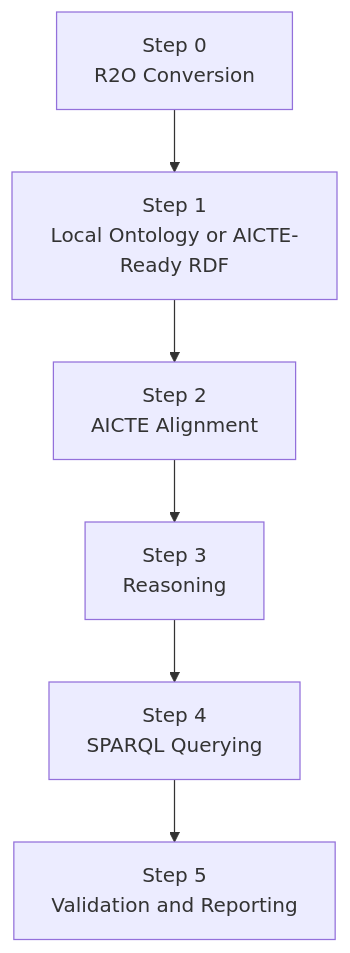
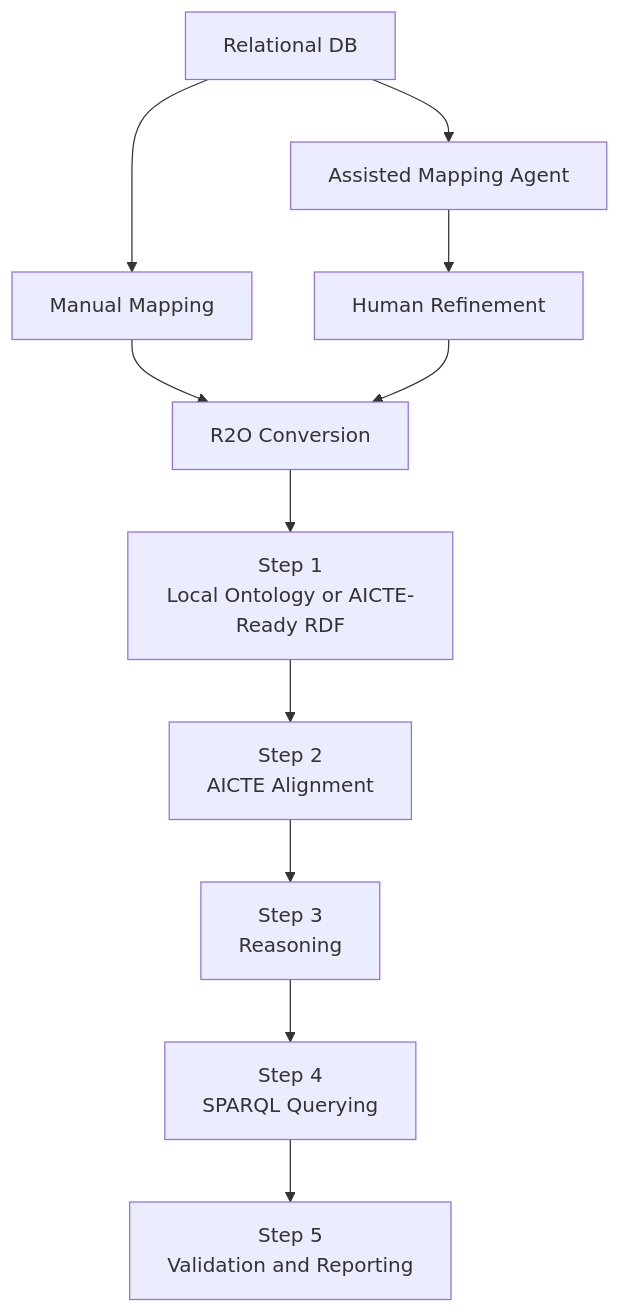
One commit to ap5967ap/SEMLINK changed the second of 2 diagrams in docs/semantic-integration/r2o-extension.md. Above: the diagram before and after it, drawn with Mermaid. The commit also changed other lines of this file and 12 other files, not shown here.

````diff
--- a/docs/semantic-integration/r2o-extension.md
+++ b/docs/semantic-integration/r2o-extension.md
@@ -31,8 +31,13 @@
 ```mermaid
 flowchart TD
-    S0["Step 0\nR2O Conversion"] --> S1["Step 1\nLocal Ontology or AICTE-Ready RDF"]
+    DB["Relational DB"] --> M0["Manual Mapping"]
+    DB --> A0["Assisted Mapping Agent"]
+    A0 --> H0["Human Refinement"]
+    M0 --> S0["R2O Conversion"]
+    H0 --> S0
+    S0 --> S1["Step 1\nLocal Ontology or AICTE-Ready RDF"]
     S1 --> S2["Step 2\nAICTE Alignment"]
     S2 --> S3["Step 3\nReasoning"]
     S3 --> S4["Step 4\nSPARQL Querying"]
     S4 --> S5["Step 5\nValidation and Reporting"]
 ```
````
